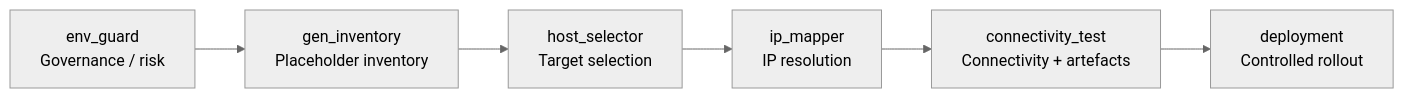
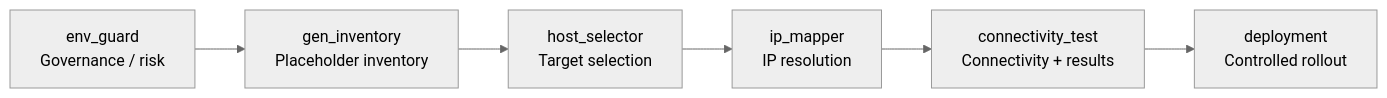
Before and after one commit to hybridops-tech/ansible-collection-common: the diagram in roles/connectivity_test/README.md, drawn with Mermaid (neutral theme). The commit also changed other lines of this file and 92 other files, not shown here.

````diff
--- a/roles/connectivity_test/README.md
+++ b/roles/connectivity_test/README.md
@@ -45,8 +44,8 @@
 ```mermaid
 flowchart LR
     A[env_guard<br/>Governance / risk] --> B[gen_inventory<br/>Placeholder inventory]
     B --> C[host_selector<br/>Target selection]
     C --> D[ip_mapper<br/>IP resolution]
-    D --> E[connectivity_test<br/>Connectivity + artefacts]
+    D --> E[connectivity_test<br/>Connectivity + results]
     E --> F[deployment<br/>Controlled rollout]
 ```
````
